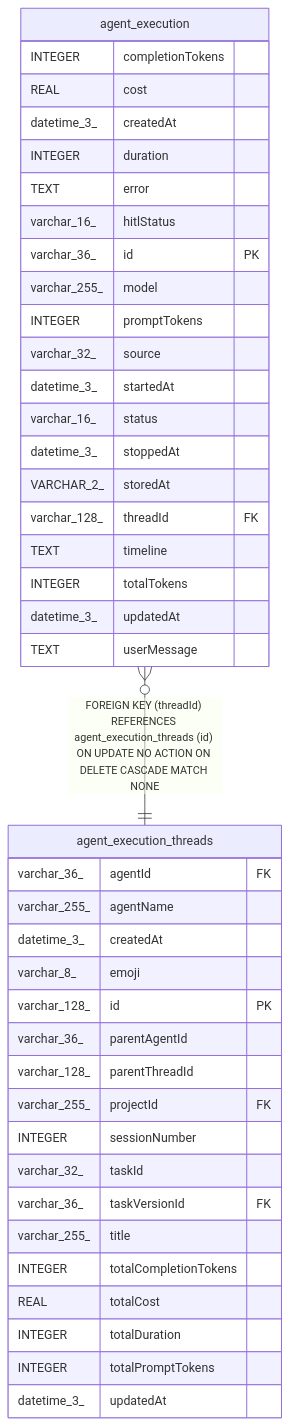
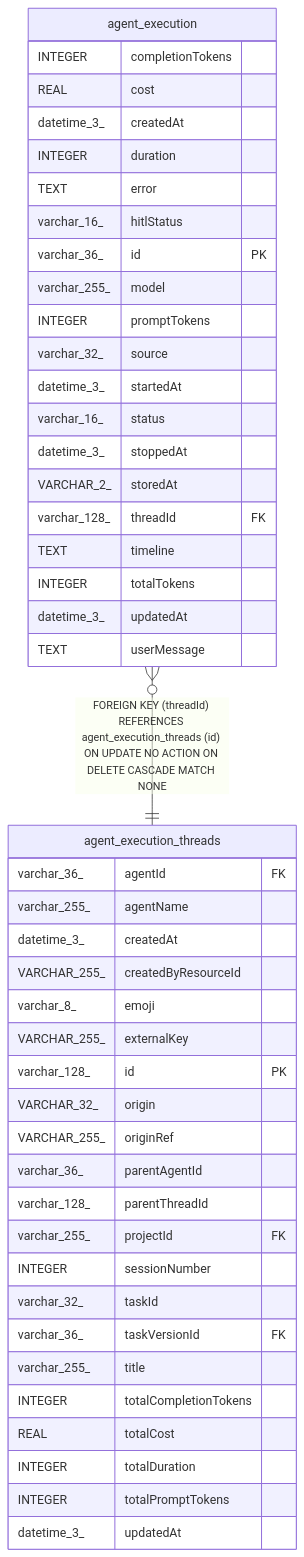
The diagram in docs/generated/sqlite-schema/agent_execution.md (mayankjain1815-commits/n8n), drawn with Mermaid before and after one commit. The commit also changed 32 other files, not shown here.

````diff
--- a/docs/generated/sqlite-schema/agent_execution.md
+++ b/docs/generated/sqlite-schema/agent_execution.md
@@ -58,46 +58,50 @@
 ```mermaid
 erDiagram
 
 "agent_execution" }o--|| "agent_execution_threads" : "FOREIGN KEY (threadId) REFERENCES agent_execution_threads (id) ON UPDATE NO ACTION ON DELETE CASCADE MATCH NONE"
 
 "agent_execution" {
   INTEGER completionTokens
   REAL cost
   datetime_3_ createdAt
   INTEGER duration
   TEXT error
   varchar_16_ hitlStatus
   varchar_36_ id PK
   varchar_255_ model
   INTEGER promptTokens
   varchar_32_ source
   datetime_3_ startedAt
   varchar_16_ status
   datetime_3_ stoppedAt
   VARCHAR_2_ storedAt
   varchar_128_ threadId FK
   TEXT timeline
   INTEGER totalTokens
   datetime_3_ updatedAt
   TEXT userMessage
 }
 "agent_execution_threads" {
   varchar_36_ agentId FK
   varchar_255_ agentName
   datetime_3_ createdAt
+  VARCHAR_255_ createdByResourceId
   varchar_8_ emoji
+  VARCHAR_255_ externalKey
   varchar_128_ id PK
+  VARCHAR_32_ origin
+  VARCHAR_255_ originRef
   varchar_36_ parentAgentId
   varchar_128_ parentThreadId
   varchar_255_ projectId FK
   INTEGER sessionNumber
   varchar_32_ taskId
   varchar_36_ taskVersionId FK
   varchar_255_ title
   INTEGER totalCompletionTokens
   REAL totalCost
   INTEGER totalDuration
   INTEGER totalPromptTokens
   datetime_3_ updatedAt
 }
 ```
````
